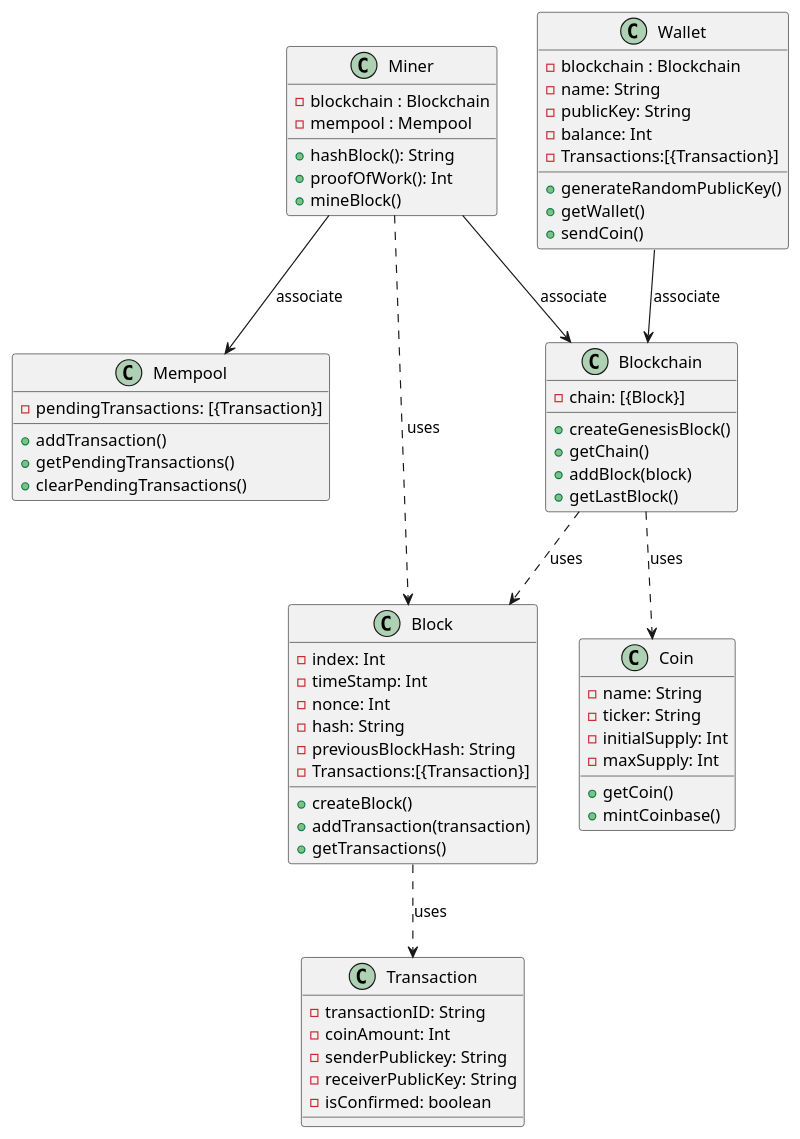
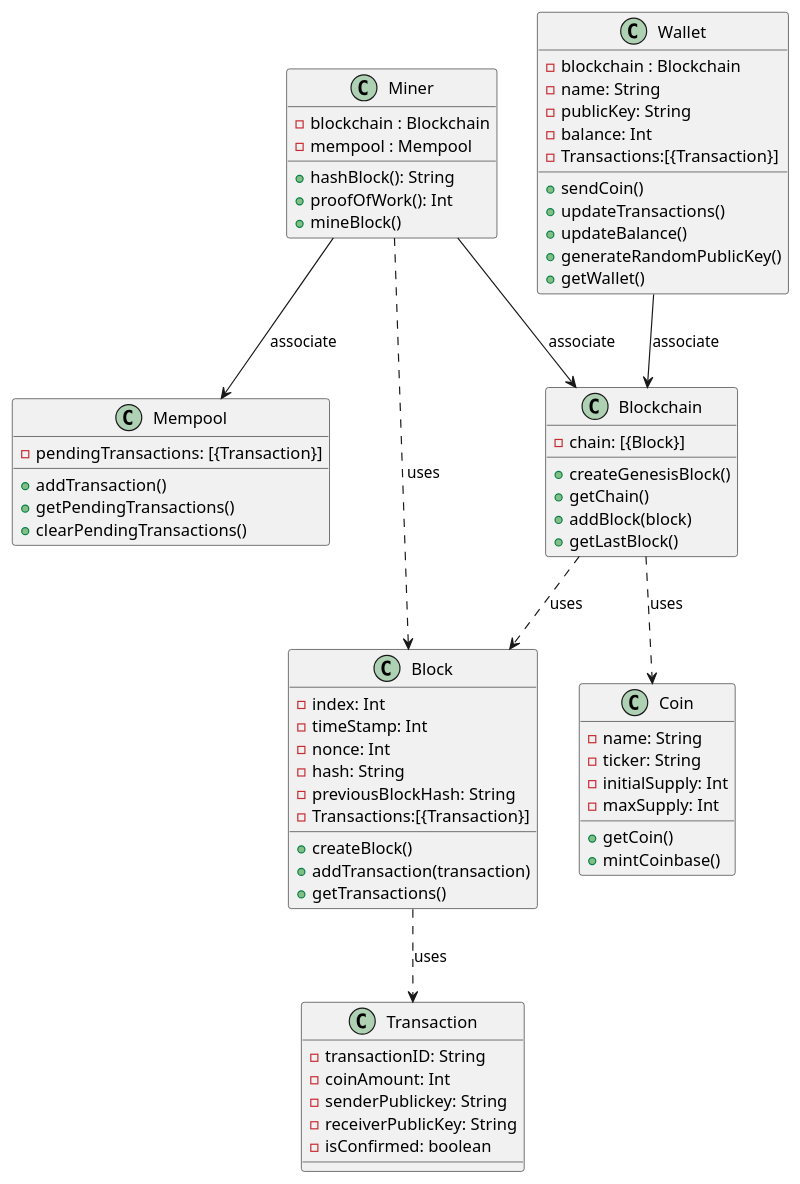
Before and after one commit to valleria-web/prototype: the diagram in prototipov1.plantuml, drawn with PlantUML. The commit also changed 3 other files, not shown here.

```diff
--- a/prototipov1.plantuml
+++ b/prototipov1.plantuml
@@ -1,75 +1,78 @@
 @startuml prototipov1
 
 class Blockchain{
     - chain: [{Block}]
     + createGenesisBlock()
     + getChain()
     + addBlock(block)
     + getLastBlock()
 }
 
 class Miner {
     - blockchain : Blockchain
     - mempool : Mempool
     + hashBlock(): String
     + proofOfWork(): Int
     + mineBlock()
 }
 
 class Mempool{
     - pendingTransactions: [{Transaction}]
     + addTransaction()
     + getPendingTransactions()
     + clearPendingTransactions()
 
 }
 
 class Block{
     - index: Int 
     - timeStamp: Int 
     - nonce: Int
     - hash: String 
     - previousBlockHash: String
     - Transactions:[{Transaction}]
     + createBlock()
     + addTransaction(transaction)
     + getTransactions()
 }
 
 class Transaction{
     - transactionID: String 
     - coinAmount: Int 
     - senderPublickey: String
     - receiverPublicKey: String
     - isConfirmed: boolean
 }
 
 class Wallet{
     - blockchain : Blockchain
     - name: String
     - publicKey: String
     - balance: Int
     - Transactions:[{Transaction}]
+    + sendCoin()
+    + updateTransactions()
+    + updateBalance()
     + generateRandomPublicKey()
     + getWallet()
-    + sendCoin()
+
 }
 
 class Coin{
     - name: String
     - ticker: String 
     - initialSupply: Int
     - maxSupply: Int
     + getCoin()
     + mintCoinbase()
 }
 
 Miner ..> Block : uses
 Miner --> Blockchain : associate
 Miner --> Mempool : associate
 Wallet --> Blockchain : associate
 Blockchain ..> Block : uses
 Blockchain ..> Coin : uses
 Block ..> Transaction : uses
 
 @enduml
```
